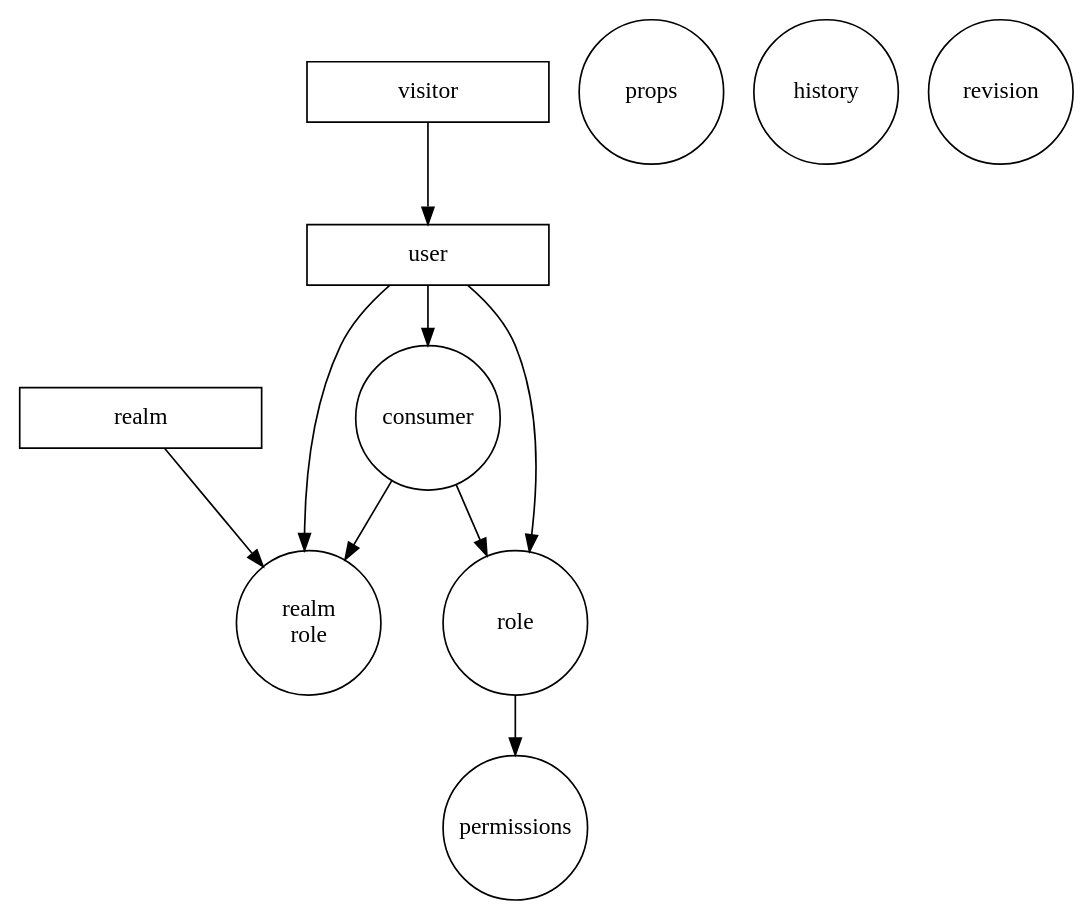
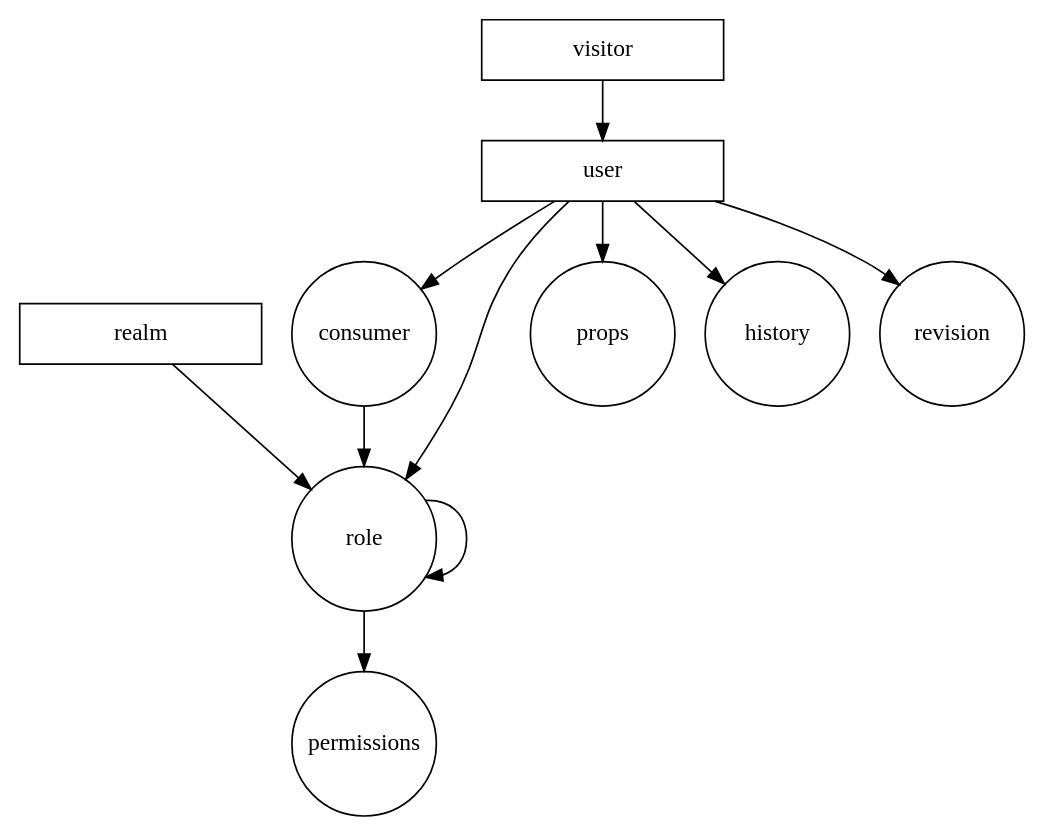
The first of 3 diagrams in doc/src/asciidoc/entities/eeuser.adoc (jpos/jPOS-EE), drawn with Graphviz before and after one commit. The commit also changed other lines of this file and 1 other file, not shown here.

Commit message:
realmRoles gone

```diff
--- a/doc/src/asciidoc/entities/eeuser.adoc
+++ b/doc/src/asciidoc/entities/eeuser.adoc
@@ -6,37 +6,21 @@
 [graphviz, eeuser-module, svg, width=450]
 ----
 digraph eeuser {
     node [shape=box, width=2.0];  user; visitor; realm;
     node [shape=circle, fixedsize=true,width=1.2]; consumer; role; permissions; props; history; revision;
-    node [shape=circle, fixedsize=true,width=1.2,label="realm\nrole"]; realm_role;
     visitor -> user
 
-    // node [shape=circle, fixedsize=true,width=1.2,label="user\nrole"]; user_role;
-    // node [shape=circle, fixedsize=true,width=1.2,label="consumer\nrole"]; consumer_role;
-
-    // user -> props;
-    // user -> history;
-    // user -> revision;
+    user -> props;
+    user -> history;
+    user -> revision;
 
     user -> consumer;
     user -> role;
-    user -> realm_role;
-
-    realm -> realm_role;
+    realm -> role;
 
     consumer -> role;
-    consumer -> realm_role;
 
+    role -> role;
     role -> permissions;
-
-    // realm -> realm_role;
-    // realm_role -> role;
-
-    // user -> user_role;
-    // realm -> user_role;
-
-    // role -> realm_role;
-    // consumer -> consumer_role;
-    // realm -> consumer_role;
 }
 ----
```
